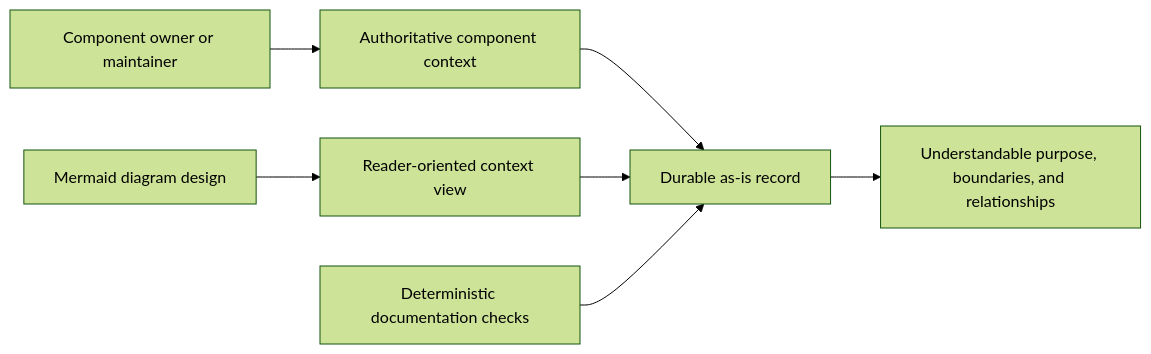
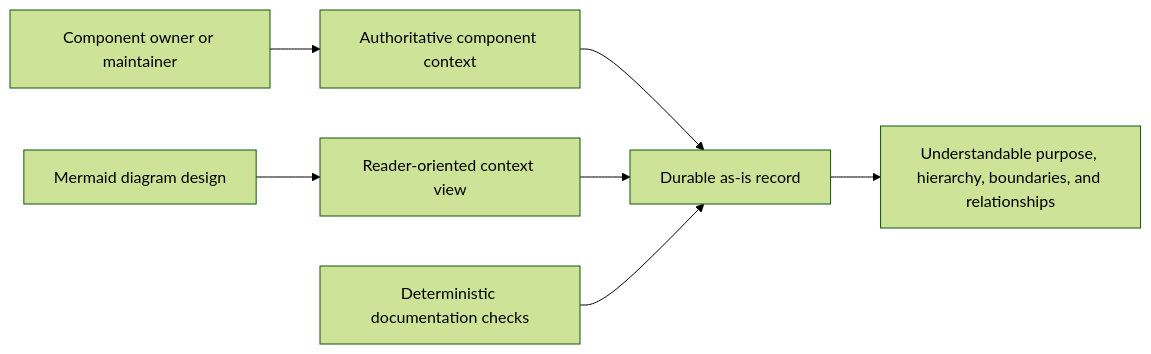
Before and after one commit to abstract-business-systems/as-is: the diagram in skills/managing-as-is-document/as-is.md, drawn with Mermaid (forest theme). The commit also changed other lines of this file and 12 other files, not shown here.

````diff
--- a/skills/managing-as-is-document/as-is.md
+++ b/skills/managing-as-is-document/as-is.md
@@ -21,9 +22,9 @@
 ```mermaid
 flowchart LR
     AUTHOR[Component owner or maintainer] --> CONTEXT[Authoritative component context]
     CONTEXT --> RECORD[Durable as-is record]
     DIAGRAM[Mermaid diagram design] --> VIEW[Reader-oriented context view]
     VIEW --> RECORD
-    RECORD --> READER[Understandable purpose, boundaries, and relationships]
+    RECORD --> READER[Understandable purpose, hierarchy, boundaries, and relationships]
     CHECKS[Deterministic documentation checks] --> RECORD
 ```
````
